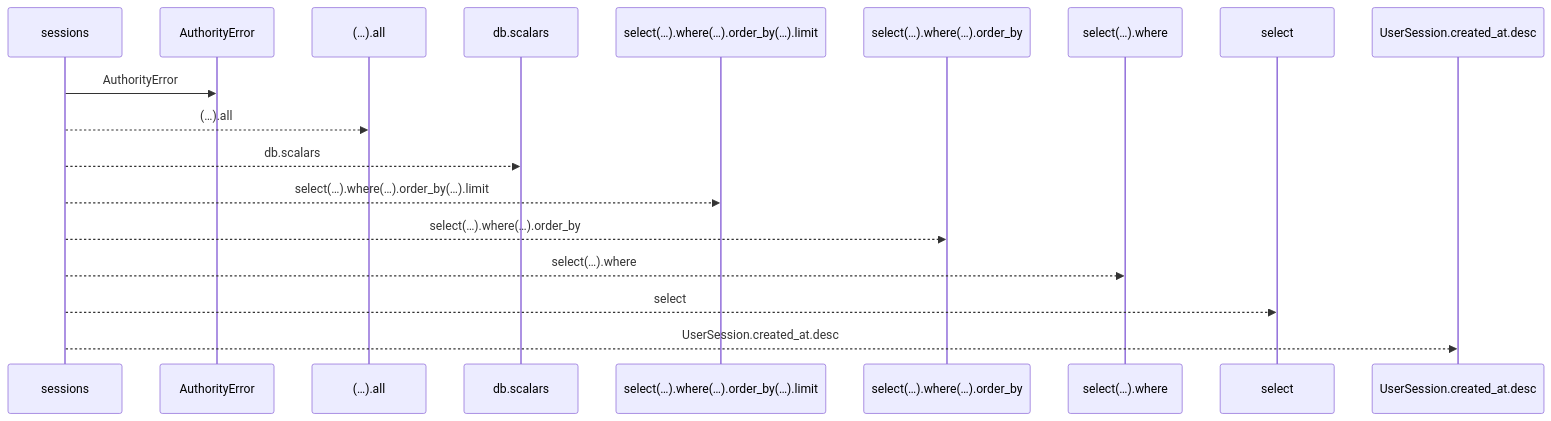
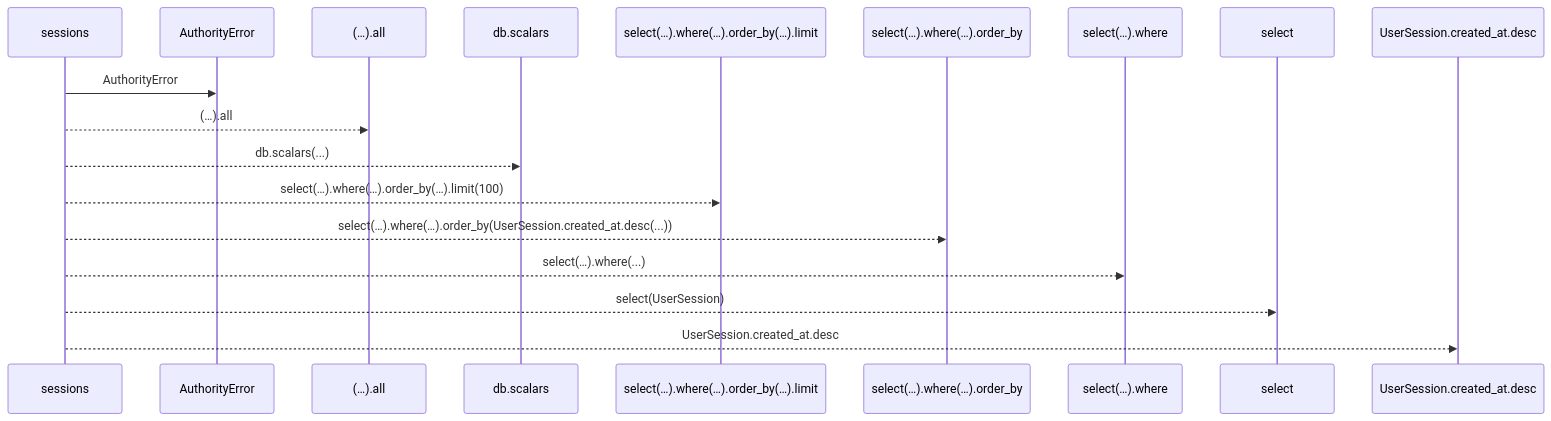
The first of 2 diagrams in docs/llm_wiki/flows/http-sessions.md (Denissvgn/WorkChord), drawn with Mermaid before and after one commit. The commit also changed other lines of this file and 25171 other files, not shown here.

````diff
--- a/docs/llm_wiki/flows/http-sessions.md
+++ b/docs/llm_wiki/flows/http-sessions.md
@@ -10,20 +12,20 @@
 ```mermaid
 sequenceDiagram
     participant p0 as sessions
     participant p1 as AuthorityError
     participant p2 as (…).all
     participant p3 as db.scalars
     participant p4 as select(…).where(…).order_by(…).limit
     participant p5 as select(…).where(…).order_by
     participant p6 as select(…).where
     participant p7 as select
     participant p8 as UserSession.created_at.desc
     p0->>p1: AuthorityError
     p0-->>p2: (…).all
-    p0-->>p3: db.scalars
-    p0-->>p4: select(…).where(…).order_by(…).limit
-    p0-->>p5: select(…).where(…).order_by
-    p0-->>p6: select(…).where
-    p0-->>p7: select
+    p0-->>p3: db.scalars(...)
+    p0-->>p4: select(…).where(…).order_by(…).limit(100)
+    p0-->>p5: select(…).where(…).order_by(UserSession.created_at.desc(...))
+    p0-->>p6: select(…).where(...)
+    p0-->>p7: select(UserSession)
     p0-->>p8: UserSession.created_at.desc
 ```
````
